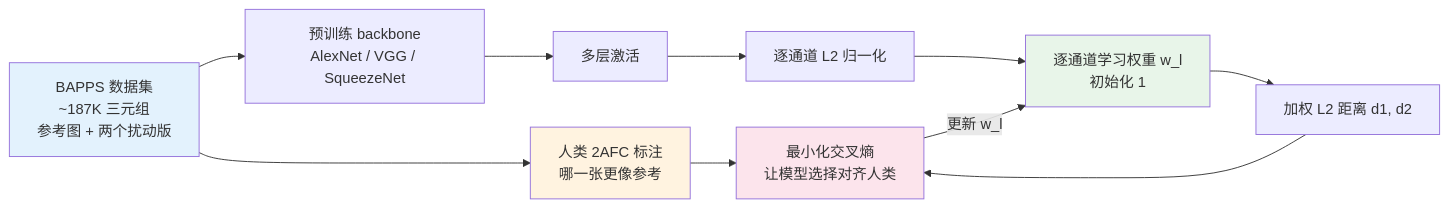
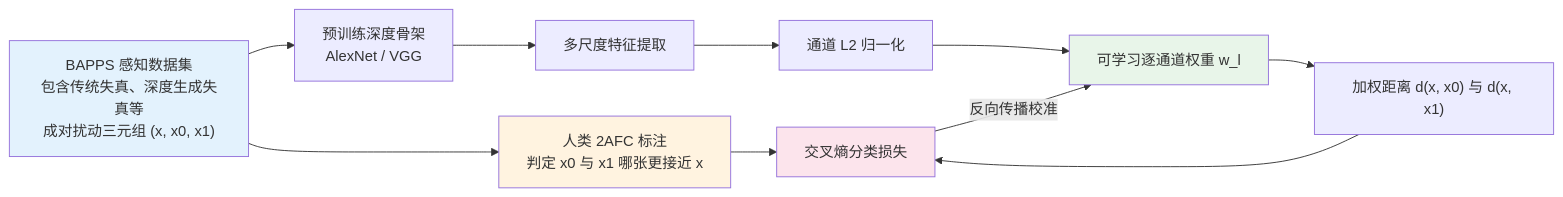
The second of 3 diagrams in chapters/04-metrics.md (yingwang/image-enhancement-guide), drawn with Mermaid before and after one commit. The commit also changed other lines of this file and 18 other files, not shown here.

````diff
--- a/chapters/04-metrics.md
+++ b/chapters/04-metrics.md
@@ -243,17 +203,17 @@
 ```mermaid
 graph LR
-    Pairs[BAPPS 数据集<br/>~187K 三元组<br/>参考图 + 两个扰动版] --> Human[人类 2AFC 标注<br/>哪一张更像参考]
-    Pairs --> Net[预训练 backbone<br/>AlexNet / VGG / SqueezeNet]
-    Net --> Feat[多层激活]
-    Feat --> Norm[逐通道 L2 归一化]
-    Norm --> Wt[逐通道学习权重 w_l<br/>初始化 1]
-    Wt --> Dist[加权 L2 距离 d1, d2]
-    Human --> Calib[最小化交叉熵<br/>让模型选择对齐人类]
-    Dist --> Calib
-    Calib -->|更新 w_l| Wt
+    Pairs["BAPPS 感知数据集<br/>包含传统失真、深度生成失真等<br/>成对扰动三元组 (x, x0, x1)"] --> Human["人类 2AFC 标注<br/>判定 x0 与 x1 哪张更接近 x"]
+    Pairs --> Net["预训练深度骨架<br/>AlexNet / VGG"]
+    Net --> Feat["多尺度特征提取"]
+    Feat --> Norm["通道 L2 归一化"]
+    Norm --> Wt["可学习逐通道权重 w_l"]
+    Wt --> Dist["加权距离 d(x, x0) 与 d(x, x1)"]
+    Human --> Loss["交叉熵分类损失"]
+    Dist --> Loss
+    Loss -->|反向传播校准| Wt
 
     style Pairs fill:#e3f2fd
     style Human fill:#fff3e0
     style Wt fill:#e8f5e9
-    style Calib fill:#fce4ec
+    style Loss fill:#fce4ec
 ```
````
